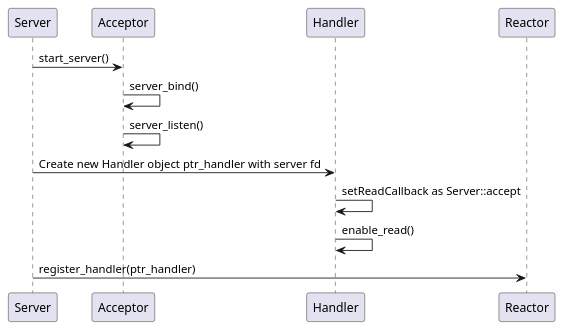
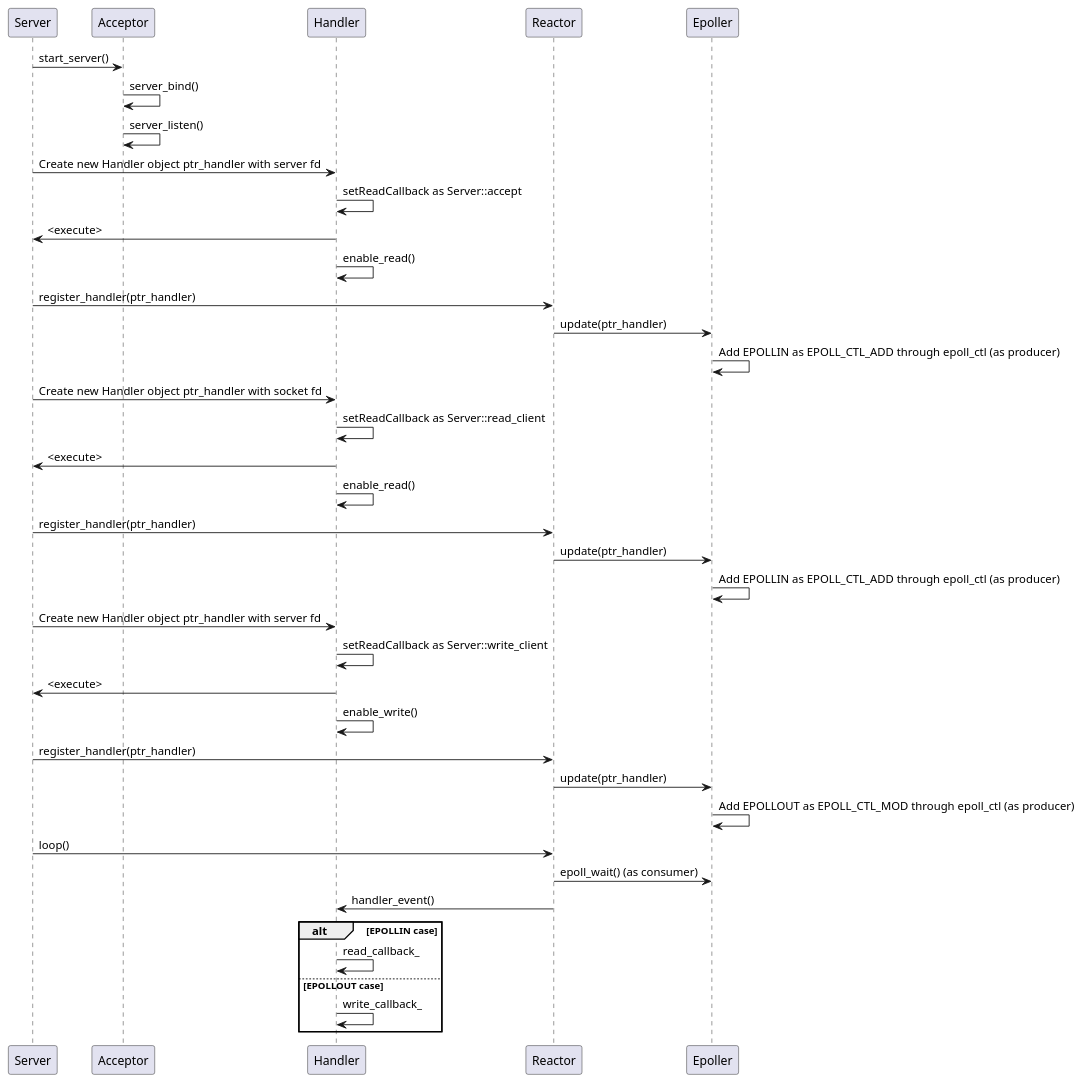
Before and after one commit to ryueran/modern_cpp_excercise: the diagram in mordern_cpp/reactor/uml/Sequence_diagram.plantuml, drawn with PlantUML.

Commit message:
Edit sequemce diagram

```diff
--- a/mordern_cpp/reactor/uml/Sequence_diagram.plantuml
+++ b/mordern_cpp/reactor/uml/Sequence_diagram.plantuml
@@ -1,9 +1,34 @@
 @startuml
 Server -> Acceptor: start_server()
 Acceptor -> Acceptor: server_bind()
 Acceptor -> Acceptor: server_listen()
 Server -> Handler: Create new Handler object ptr_handler with server fd
 Handler -> Handler: setReadCallback as Server::accept
+Handler -> Server: <execute>
 Handler -> Handler: enable_read()
 Server -> Reactor: register_handler(ptr_handler)
+Reactor -> Epoller: update(ptr_handler)
+Epoller -> Epoller: Add EPOLLIN as EPOLL_CTL_ADD through epoll_ctl (as producer)
+Server -> Handler: Create new Handler object ptr_handler with socket fd
+Handler -> Handler: setReadCallback as Server::read_client
+Handler -> Server: <execute>
+Handler -> Handler: enable_read()
+Server -> Reactor: register_handler(ptr_handler)
+Reactor -> Epoller: update(ptr_handler)
+Epoller -> Epoller: Add EPOLLIN as EPOLL_CTL_ADD through epoll_ctl (as producer)
+Server -> Handler: Create new Handler object ptr_handler with server fd
+Handler -> Handler: setReadCallback as Server::write_client
+Handler -> Server: <execute>
+Handler -> Handler: enable_write()
+Server -> Reactor: register_handler(ptr_handler)
+Reactor -> Epoller: update(ptr_handler)
+Epoller -> Epoller: Add EPOLLOUT as EPOLL_CTL_MOD through epoll_ctl (as producer)
+Server -> Reactor: loop()
+Reactor -> Epoller: epoll_wait() (as consumer)
+Reactor -> Handler: handler_event()
+alt EPOLLIN case
+    Handler -> Handler: read_callback_
+else EPOLLOUT case 
+    Handler -> Handler: write_callback_
+end
 @enduml
```
